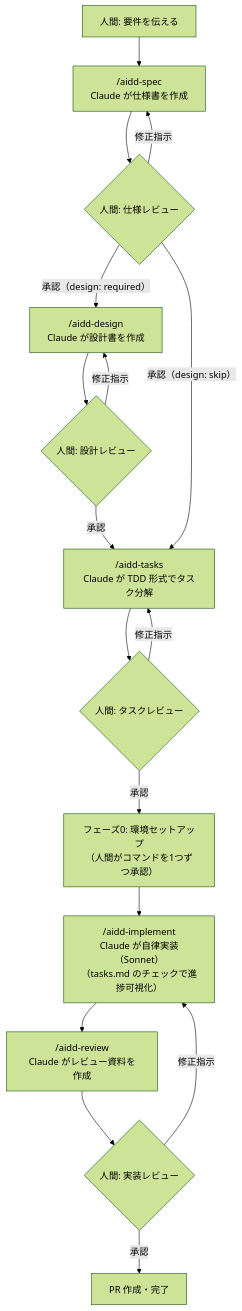
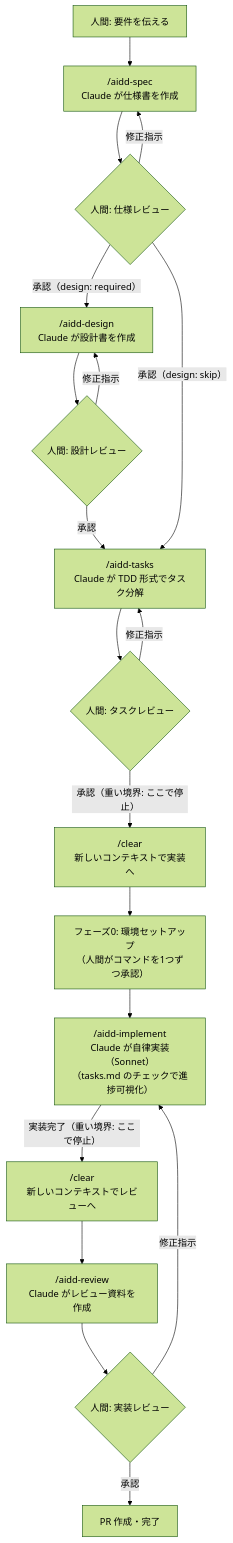
Before and after one commit to gisuperu/aidd-template: the diagram in README.md, drawn with Mermaid (forest theme). The commit also changed other lines of this file and 22 other files, not shown here.

````diff
--- a/README.md
+++ b/README.md
@@ -39,19 +39,21 @@
 ```mermaid
 flowchart TD
     A[人間: 要件を伝える] --> B["/aidd-spec<br>Claude が仕様書を作成"]
     B --> C{人間: 仕様レビュー}
     C -- 修正指示 --> B
     C -- "承認（design: required）" --> DS["/aidd-design<br>Claude が設計書を作成"]
     DS --> DR{人間: 設計レビュー}
     DR -- 修正指示 --> DS
     DR -- 承認 --> D
     C -- "承認（design: skip）" --> D["/aidd-tasks<br>Claude が TDD 形式でタスク分解"]
     D --> E{人間: タスクレビュー}
     E -- 修正指示 --> D
-    E -- 承認 --> F0["フェーズ0: 環境セットアップ<br>（人間がコマンドを1つずつ承認）"]
+    E -- "承認（重い境界: ここで停止）" --> C1["/clear<br>新しいコンテキストで実装へ"]
+    C1 --> F0["フェーズ0: 環境セットアップ<br>（人間がコマンドを1つずつ承認）"]
     F0 --> F["/aidd-implement<br>Claude が自律実装（Sonnet）<br>（tasks.md のチェックで進捗可視化）"]
-    F --> G["/aidd-review<br>Claude がレビュー資料を作成"]
+    F -- "実装完了（重い境界: ここで停止）" --> C2["/clear<br>新しいコンテキストでレビューへ"]
+    C2 --> G["/aidd-review<br>Claude がレビュー資料を作成"]
     G --> H{人間: 実装レビュー}
     H -- 修正指示 --> F
     H -- 承認 --> I[PR 作成・完了]
 ```
````
